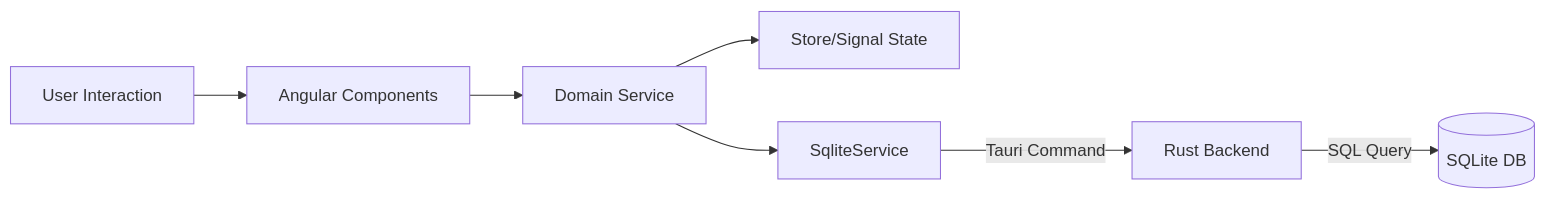
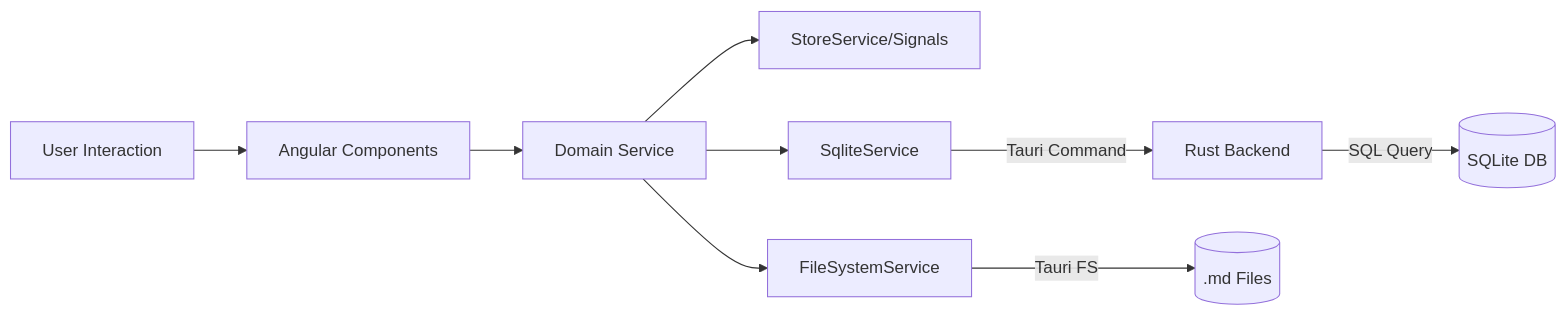
Before and after one commit to subhrajitm/envello-app: the first of 2 diagrams in README.md, drawn with Mermaid. The commit also changed other lines of this file and 6622 other files, not shown here.

````diff
--- a/README.md
+++ b/README.md
@@ -55,9 +126,11 @@
 ```mermaid
 graph LR
     User[User Interaction] --> UI[Angular Components]
     UI --> Service[Domain Service]
-    Service --> Store[Store/Signal State]
+    Service --> Store[StoreService/Signals]
     Service --> SQLite[SqliteService]
     SQLite -- Tauri Command --> Rust[Rust Backend]
     Rust -- SQL Query --> DB[(SQLite DB)]
+    Service --> FS[FileSystemService]
+    FS -- Tauri FS --> Files[(.md Files)]
 ```
````
